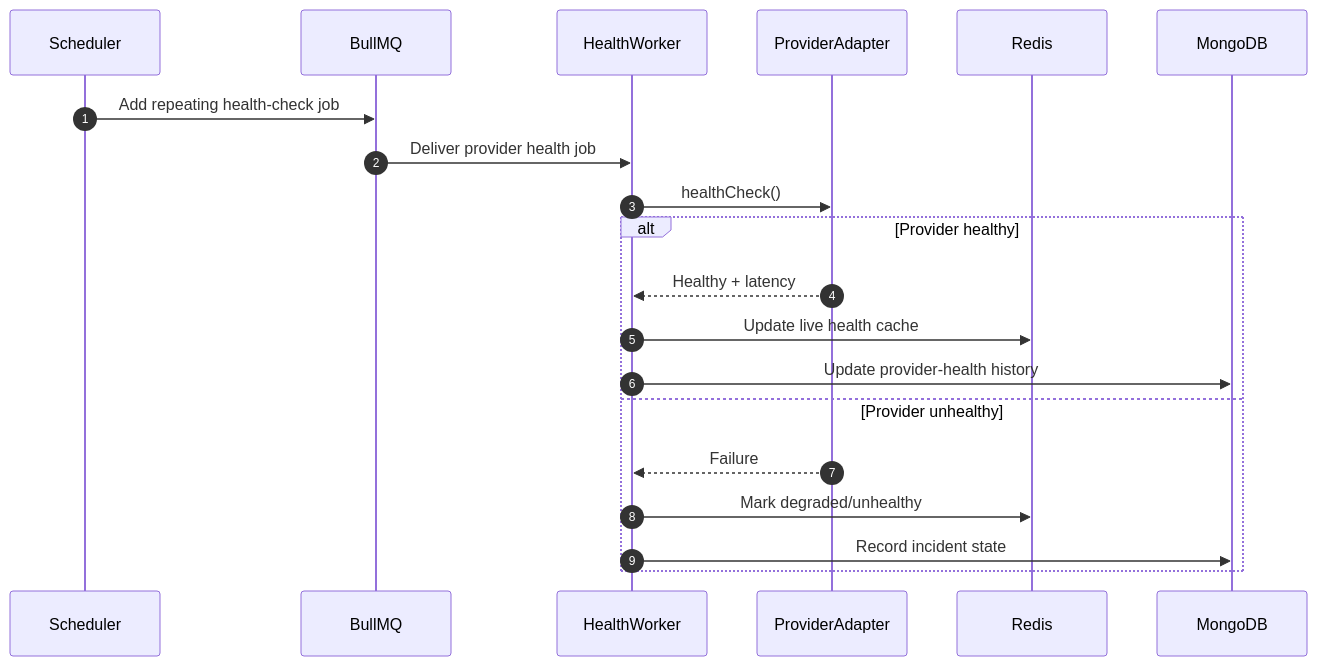
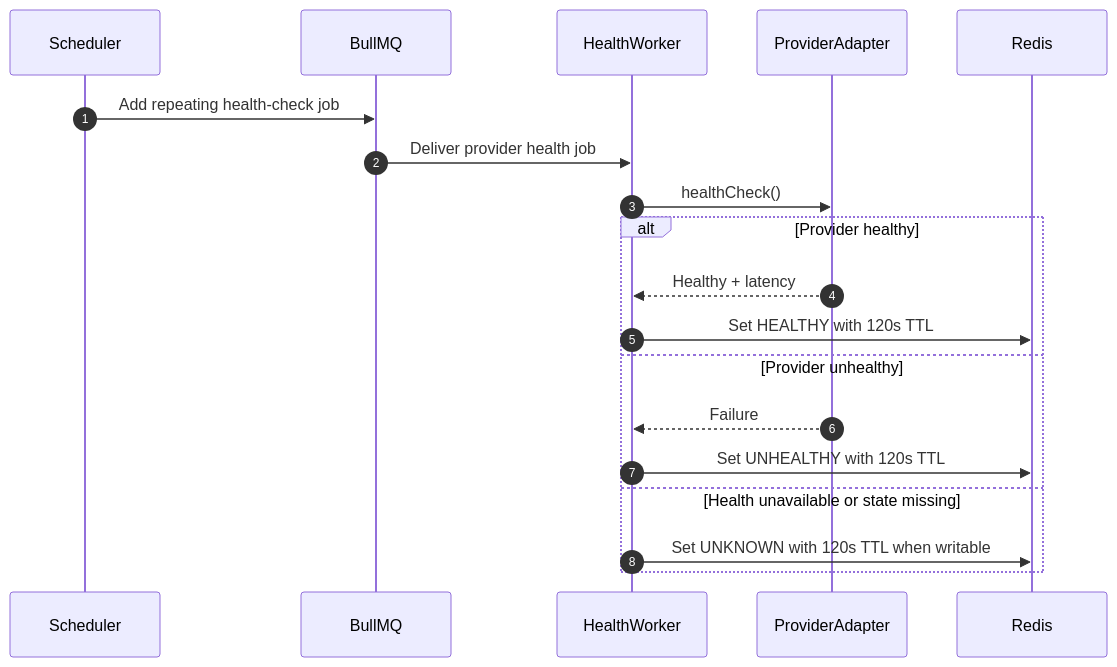
One commit to tarun5004/ProxyAi changed diagram 20 of 37 in docs/12_SEQUENCE_DIAGRAMS.md. Above: the diagram before and after it, drawn with Mermaid. The commit also changed other lines of this file and 10 other files, not shown here.

Commit message:
docs(async): define Phase 7 provider health and recovery closure

````diff
--- a/docs/12_SEQUENCE_DIAGRAMS.md
+++ b/docs/12_SEQUENCE_DIAGRAMS.md
@@ -869,24 +878,23 @@
 ```mermaid
 sequenceDiagram
     autonumber
     participant Scheduler
     participant BullMQ
     participant HealthWorker
     participant ProviderAdapter
     participant Redis
-    participant MongoDB
 
     Scheduler->>BullMQ: Add repeating health-check job
     BullMQ->>HealthWorker: Deliver provider health job
     HealthWorker->>ProviderAdapter: healthCheck()
 
     alt Provider healthy
         ProviderAdapter-->>HealthWorker: Healthy + latency
-        HealthWorker->>Redis: Update live health cache
-        HealthWorker->>MongoDB: Update provider-health history
+        HealthWorker->>Redis: Set HEALTHY with 120s TTL
     else Provider unhealthy
         ProviderAdapter-->>HealthWorker: Failure
-        HealthWorker->>Redis: Mark degraded/unhealthy
-        HealthWorker->>MongoDB: Record incident state
+        HealthWorker->>Redis: Set UNHEALTHY with 120s TTL
+    else Health unavailable or state missing
+        HealthWorker->>Redis: Set UNKNOWN with 120s TTL when writable
     end
 ```
````
